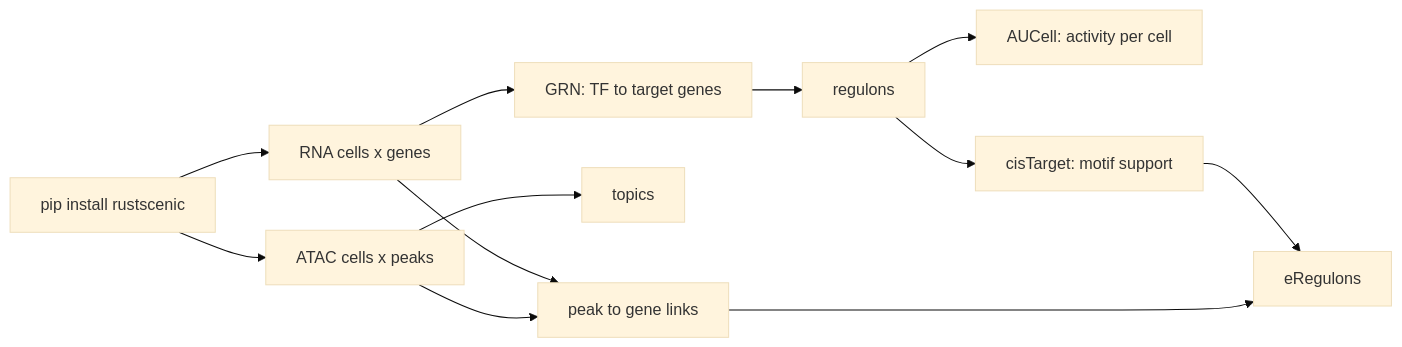
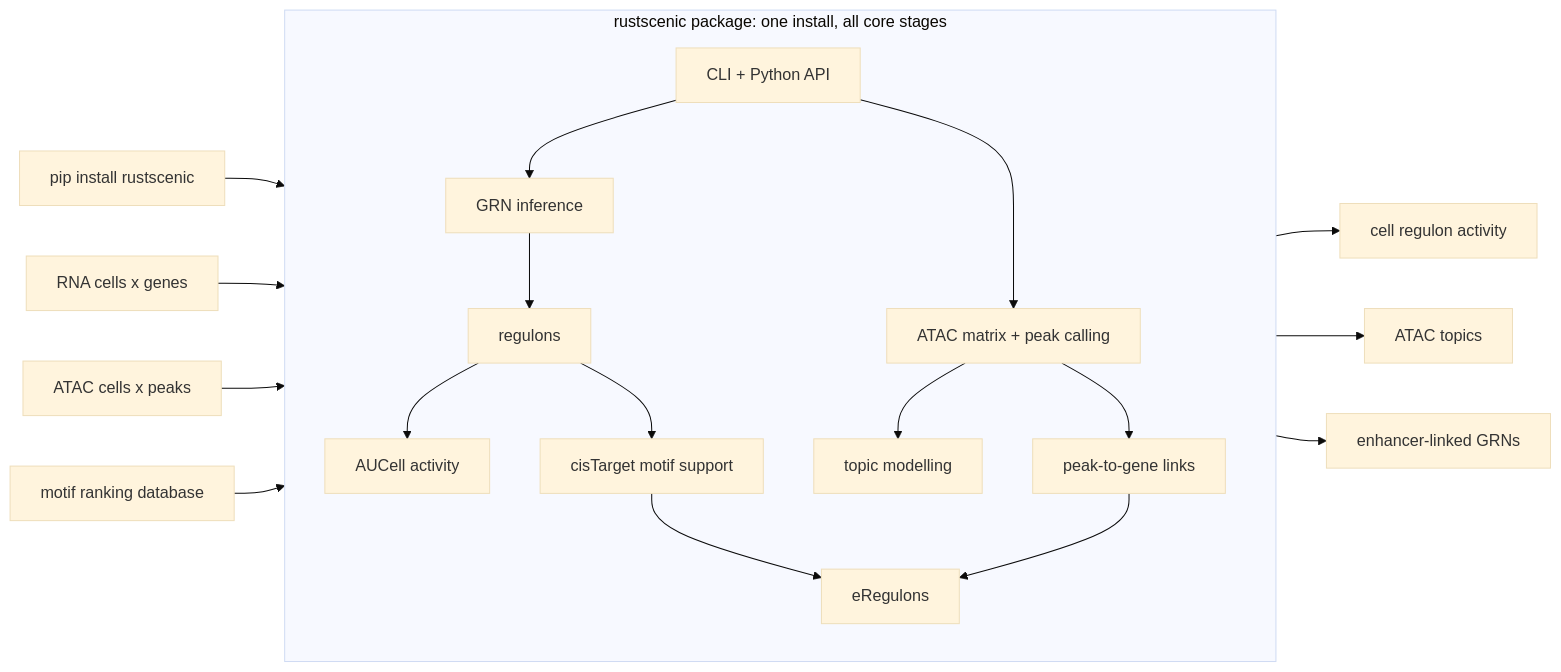
One commit to Ekin-Kahraman/rustscenic changed the diagram in README.md. Above: the diagram before and after it, drawn with Mermaid (base theme). The commit also changed other lines of this file, not shown here.

Commit message:
Clarify README pipeline package boundary

````diff
--- a/README.md
+++ b/README.md
@@ -66,14 +68,39 @@
 ```mermaid
 flowchart LR
-    install["pip install rustscenic"] --> rna["RNA cells x genes"]
-    install --> atac["ATAC cells x peaks"]
-    rna --> grn["GRN: TF to target genes"]
-    grn --> regulons["regulons"]
-    regulons --> aucell["AUCell: activity per cell"]
-    regulons --> ct["cisTarget: motif support"]
-    atac --> topics["topics"]
-    rna --> p2g["peak to gene links"]
-    atac --> p2g
-    ct --> ereg["eRegulons"]
-    p2g --> ereg
+    install["pip install rustscenic"]
+    rna["RNA cells x genes"]
+    atac["ATAC cells x peaks"]
+    motifs["motif ranking database"]
+
+    subgraph pkg["rustscenic package: one install, all core stages"]
+        direction TB
+        api["CLI + Python API"]
+        grn["GRN inference"]
+        regulons["regulons"]
+        aucell["AUCell activity"]
+        peaks["ATAC matrix + peak calling"]
+        topics["topic modelling"]
+        ct["cisTarget motif support"]
+        p2g["peak-to-gene links"]
+        ereg["eRegulons"]
+
+        api --> grn
+        grn --> regulons
+        regulons --> aucell
+        regulons --> ct
+        api --> peaks
+        peaks --> topics
+        peaks --> p2g
+        ct --> ereg
+        p2g --> ereg
+    end
+
+    install --> api
+    rna --> api
+    atac --> api
+    motifs --> ct
+
+    aucell --> out1["cell regulon activity"]
+    topics --> out2["ATAC topics"]
+    ereg --> out3["enhancer-linked GRNs"]
 ```
````
